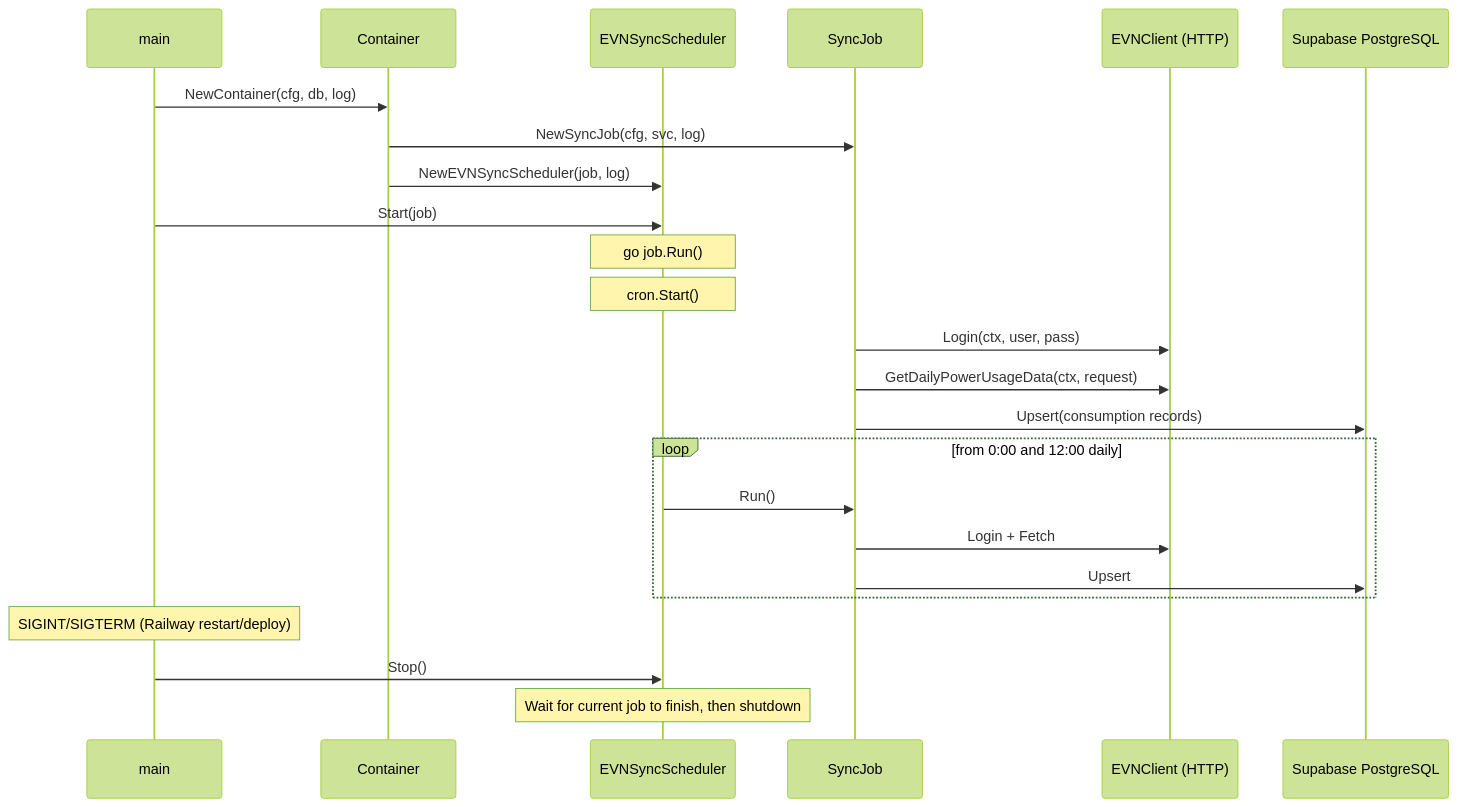
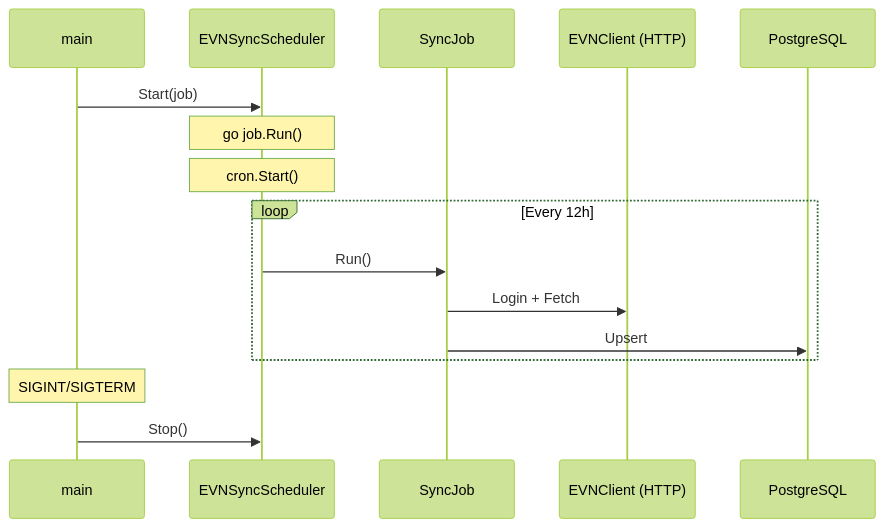
Before and after one commit to gamee1910/volt: the diagram in README.md, drawn with Mermaid (forest theme). The commit also changed other lines of this file, not shown here.

Commit message:
docs: update README documentation to reflect architecture changes and simplified environment configuration

````diff
--- a/README.md
+++ b/README.md
@@ -42,31 +41,21 @@
 ```mermaid
 sequenceDiagram
     participant Main as main
-    participant Container as Container
     participant Scheduler as EVNSyncScheduler
     participant SyncJob as SyncJob
     participant EVNClient as EVNClient (HTTP)
-    participant DB as Supabase PostgreSQL
-
-    Main->>Container: NewContainer(cfg, db, log)
-    Container->>SyncJob: NewSyncJob(cfg, svc, log)
-    Container->>Scheduler: NewEVNSyncScheduler(job, log)
+    participant DB as PostgreSQL
 
     Main->>Scheduler: Start(job)
     Note over Scheduler: go job.Run()
     Note over Scheduler: cron.Start()
 
-    SyncJob->>EVNClient: Login(ctx, user, pass)
-    SyncJob->>EVNClient: GetDailyPowerUsageData(ctx, request)
-    SyncJob->>DB: Upsert(consumption records)
-
-    loop from 0:00 and 12:00 daily
+    loop Every 12h
         Scheduler->>SyncJob: Run()
         SyncJob->>EVNClient: Login + Fetch
         SyncJob->>DB: Upsert
     end
 
-    Note over Main: SIGINT/SIGTERM (Railway restart/deploy)
+    Note over Main: SIGINT/SIGTERM
     Main->>Scheduler: Stop()
-    Note over Scheduler: Wait for current job to finish, then shutdown
 ```
````
